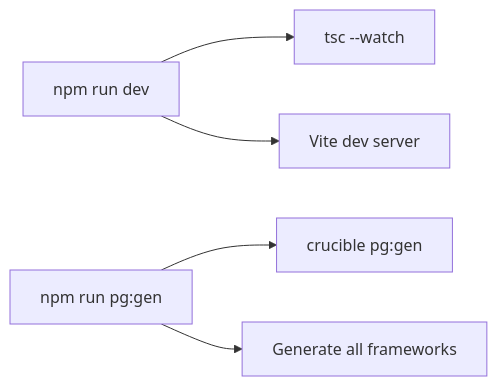
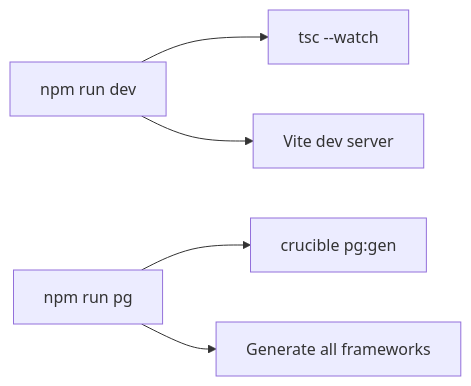
One commit to Naveen2070/project_crucible changed diagram 13 of 13 in ARCHITECTURE.md. Above: the diagram before and after it, drawn with Mermaid. The commit also changed 33 other files, not shown here.

````diff
--- a/ARCHITECTURE.md
+++ b/ARCHITECTURE.md
@@ -1415,7 +1415,7 @@
 ```mermaid
 graph LR
     DEV[npm run dev] --> A[tsc --watch]
     DEV --> B[Vite dev server]
-    PG[npm run pg:gen] --> C[crucible pg:gen]
+    PG[npm run pg] --> C[crucible pg:gen]
     PG --> D[Generate all frameworks]
 ```
````
